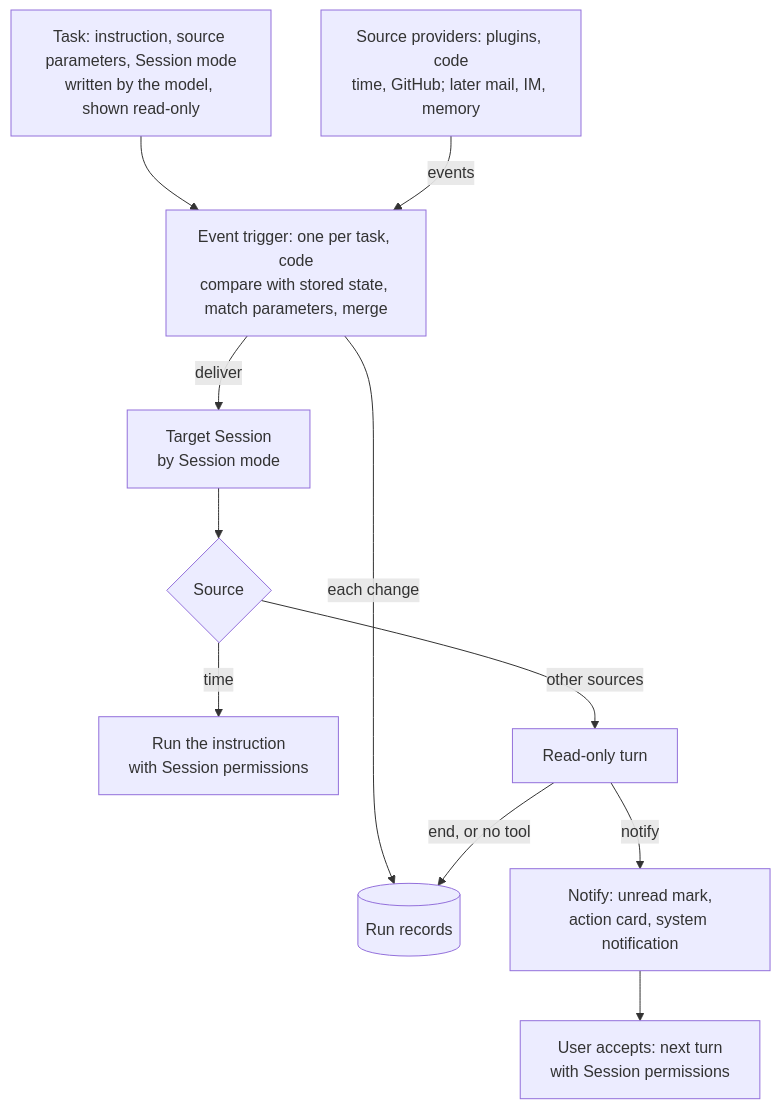
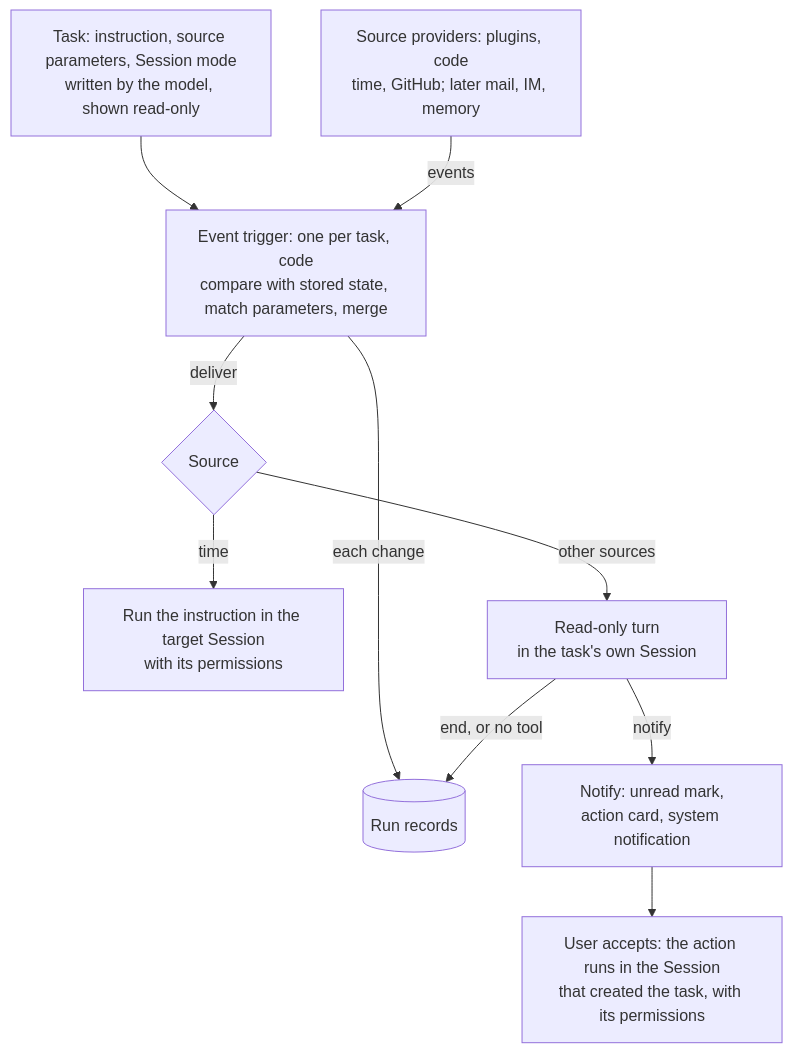
One commit to 11350613/deepseek-harness changed the diagram in .agents/notes/proposed/feature/2026-10-29-event-triggered-automation-tasks.md. Above: the diagram before and after it, drawn with Mermaid. The commit also changed other lines of this file and 2 other files, not shown here.

Commit message:
docs(automation): judge event tasks in their own Session

````diff
--- a/.agents/notes/proposed/feature/2026-10-29-event-triggered-automation-tasks.md
+++ b/.agents/notes/proposed/feature/2026-10-29-event-triggered-automation-tasks.md
@@ -20,23 +20,21 @@
 ```mermaid
 flowchart TD
   Task["Task: instruction, source parameters, Session mode<br/>written by the model, shown read-only"]
   Prov["Source providers: plugins, code<br/>time, GitHub; later mail, IM, memory"]
   Trig["Event trigger: one per task, code<br/>compare with stored state, match parameters, merge"]
   Rec[("Run records")]
-  Sess["Target Session<br/>by Session mode"]
   Src{"Source"}
-  Exec["Run the instruction<br/>with Session permissions"]
-  RO["Read-only turn"]
+  Exec["Run the instruction in the target Session<br/>with its permissions"]
+  RO["Read-only turn<br/>in the task's own Session"]
   Note["Notify: unread mark,<br/>action card, system notification"]
-  Acc["User accepts: next turn<br/>with Session permissions"]
+  Acc["User accepts: the action runs in the Session<br/>that created the task, with its permissions"]
   Task --> Trig
   Prov -- events --> Trig
   Trig -- "each change" --> Rec
-  Trig -- deliver --> Sess
-  Sess --> Src
+  Trig -- deliver --> Src
   Src -- time --> Exec
   Src -- "other sources" --> RO
   RO -- notify --> Note
   Note --> Acc
   RO -- "end, or no tool" --> Rec
 ```
````
